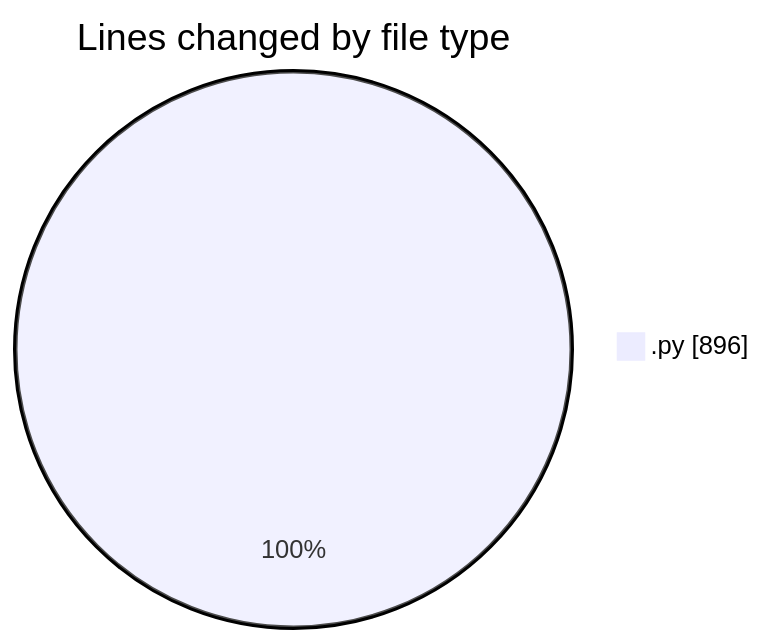
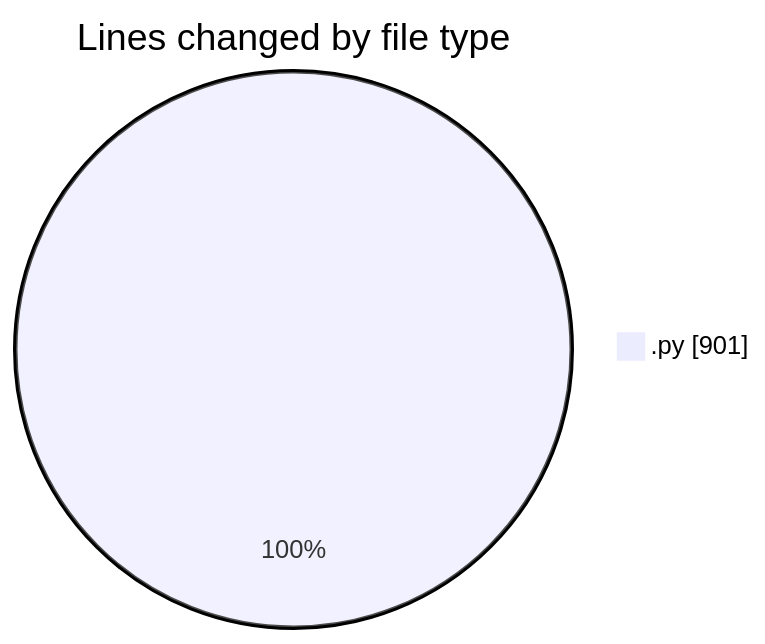
The first of 2 diagrams in 2025-03-25/samplepdf/README.md (momahboobian/code-tracking), drawn with Mermaid before and after one commit. The commit also changed other lines of this file and 1 other file, not shown here.

````diff
--- a/2025-03-25/samplepdf/README.md
+++ b/2025-03-25/samplepdf/README.md
@@ -25,5 +25,5 @@
 ```mermaid
 pie showData
 title Lines changed by file type
-".py" : 896
+".py" : 901
 ```
````
